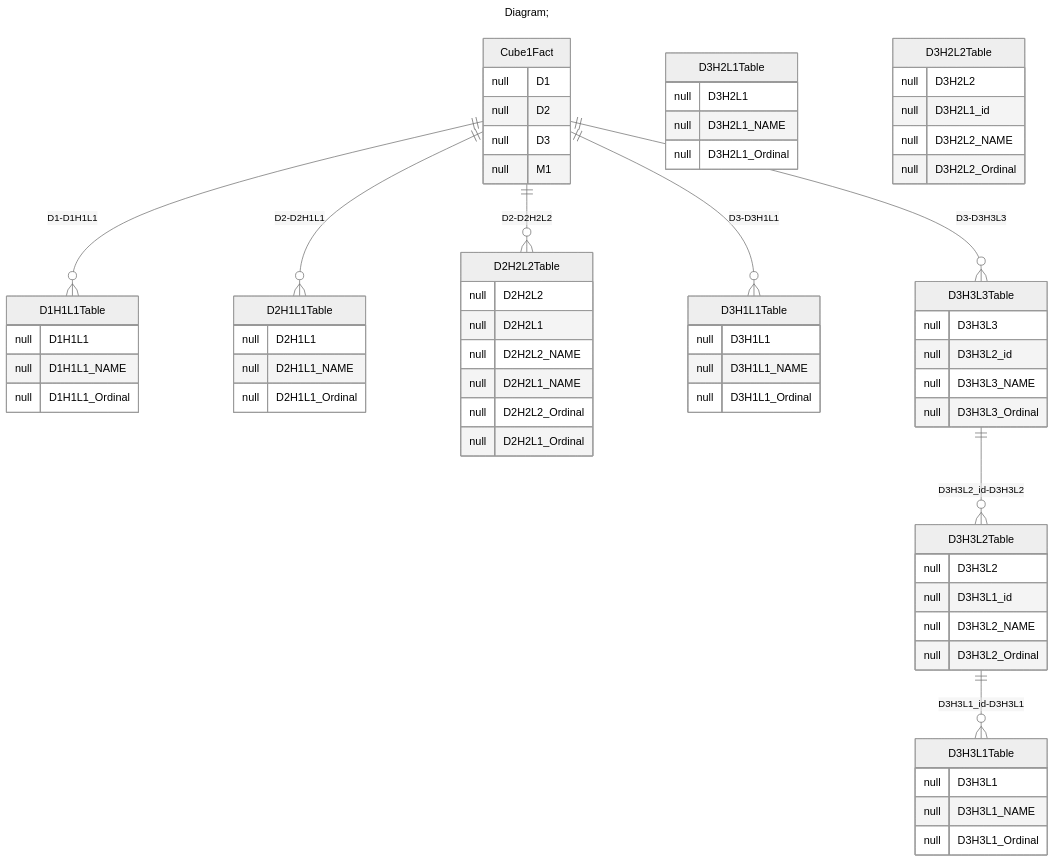
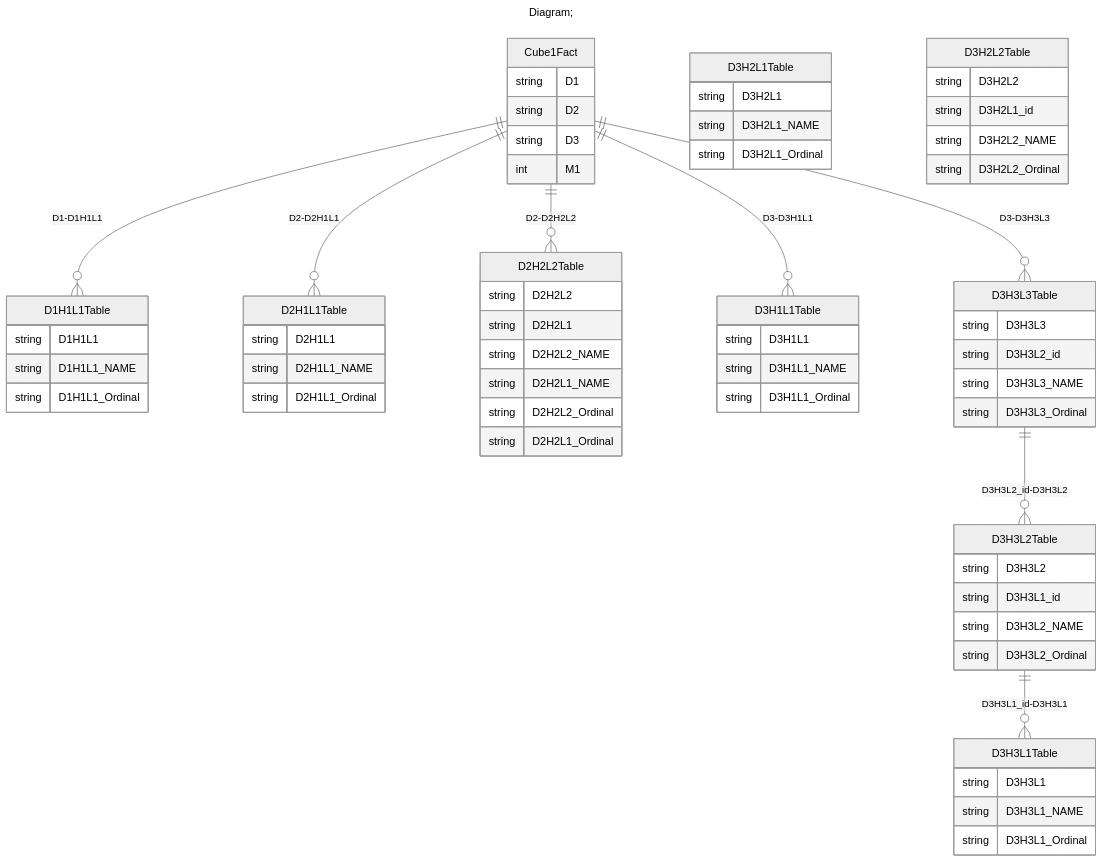
One commit to xmla-services/workground changed the third of 3 diagrams in demo/server/catalogs/complex_ExpressiveNames/README.MD. Above: the diagram before and after it, drawn with Mermaid (neutral theme). The commit also changed other lines of this file and 33 other files, not shown here.

````diff
--- a/demo/server/catalogs/complex_ExpressiveNames/README.MD
+++ b/demo/server/catalogs/complex_ExpressiveNames/README.MD
@@ -196,71 +195,71 @@
 ```mermaid
 ---
 title: Diagram;
 ---
 erDiagram
 Cube1Fact{
-null D1
-null D2
-null D3
-null M1
+string D1
+string D2
+string D3
+int M1
 }
 D1H1L1Table{
-null D1H1L1
-null D1H1L1_NAME
-null D1H1L1_Ordinal
+string D1H1L1
+string D1H1L1_NAME
+string D1H1L1_Ordinal
 }
 D2H1L1Table{
-null D2H1L1
-null D2H1L1_NAME
-null D2H1L1_Ordinal
+string D2H1L1
+string D2H1L1_NAME
+string D2H1L1_Ordinal
 }
 D2H2L2Table{
-null D2H2L2
-null D2H2L1
-null D2H2L2_NAME
-null D2H2L1_NAME
-null D2H2L2_Ordinal
-null D2H2L1_Ordinal
+string D2H2L2
+string D2H2L1
+string D2H2L2_NAME
+string D2H2L1_NAME
+string D2H2L2_Ordinal
+string D2H2L1_Ordinal
 }
 D3H1L1Table{
-null D3H1L1
-null D3H1L1_NAME
-null D3H1L1_Ordinal
+string D3H1L1
+string D3H1L1_NAME
+string D3H1L1_Ordinal
 }
 D3H2L1Table{
-null D3H2L1
-null D3H2L1_NAME
-null D3H2L1_Ordinal
+string D3H2L1
+string D3H2L1_NAME
+string D3H2L1_Ordinal
 }
 D3H2L2Table{
-null D3H2L2
-null D3H2L1_id
-null D3H2L2_NAME
-null D3H2L2_Ordinal
+string D3H2L2
+string D3H2L1_id
+string D3H2L2_NAME
+string D3H2L2_Ordinal
 }
 D3H3L1Table{
-null D3H3L1
-null D3H3L1_NAME
-null D3H3L1_Ordinal
+string D3H3L1
+string D3H3L1_NAME
+string D3H3L1_Ordinal
 }
 D3H3L2Table{
-null D3H3L2
-null D3H3L1_id
-null D3H3L2_NAME
-null D3H3L2_Ordinal
+string D3H3L2
+string D3H3L1_id
+string D3H3L2_NAME
+string D3H3L2_Ordinal
 }
 D3H3L3Table{
-null D3H3L3
-null D3H3L2_id
-null D3H3L3_NAME
-null D3H3L3_Ordinal
+string D3H3L3
+string D3H3L2_id
+string D3H3L3_NAME
+string D3H3L3_Ordinal
 }
 
 "Cube1Fact" ||--o{ "D1H1L1Table" : "D1-D1H1L1"
 "Cube1Fact" ||--o{ "D2H1L1Table" : "D2-D2H1L1"
 "Cube1Fact" ||--o{ "D2H2L2Table" : "D2-D2H2L2"
 "Cube1Fact" ||--o{ "D3H1L1Table" : "D3-D3H1L1"
 "Cube1Fact" ||--o{ "D3H3L3Table" : "D3-D3H3L3"
 "D3H3L3Table" ||--o{ "D3H3L2Table" : "D3H3L2_id-D3H3L2"
 "D3H3L2Table" ||--o{ "D3H3L1Table" : "D3H3L1_id-D3H3L1"
 ```
````
